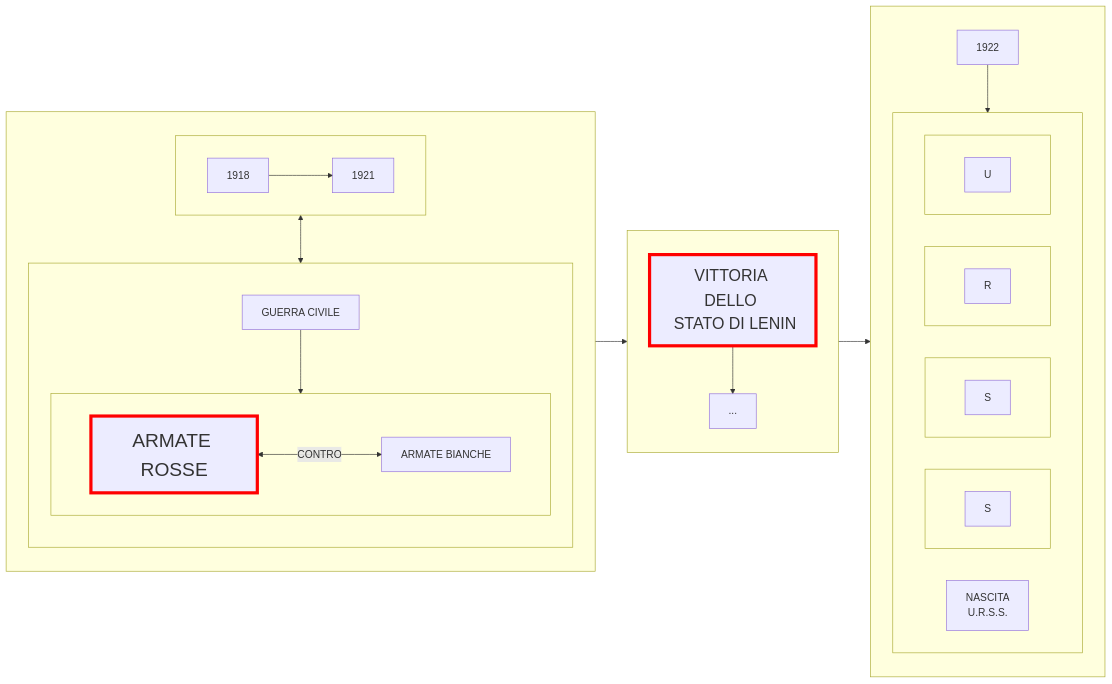
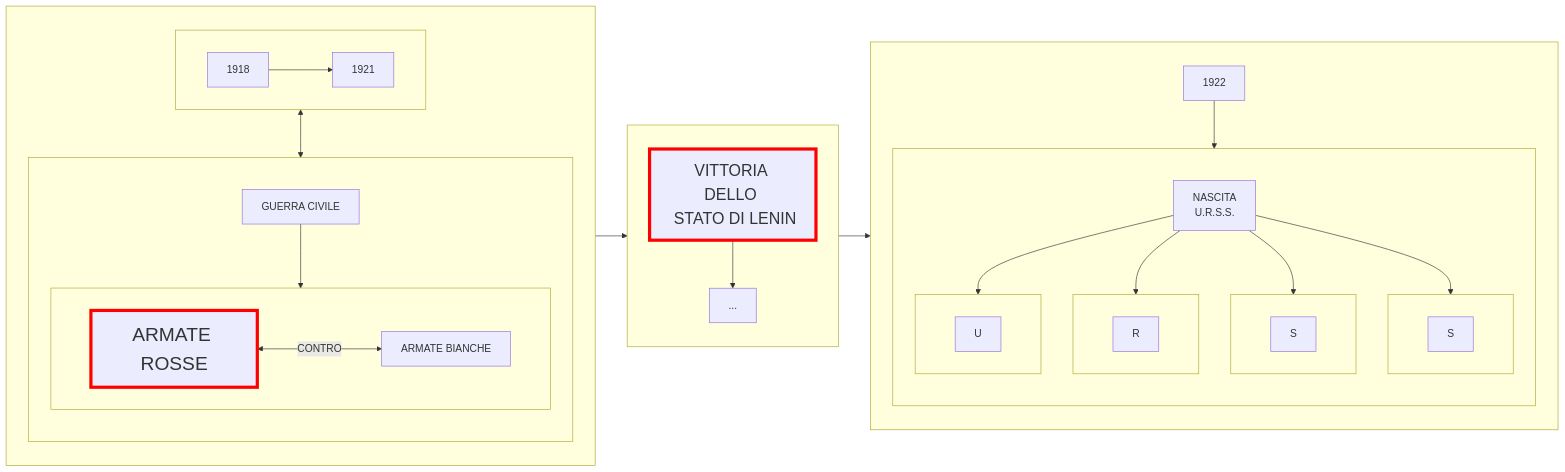
One commit to Laaouatni/ricerca-storia-MermaidJS changed the diagram in prova.md. Above: the diagram before and after it, drawn with Mermaid.

````diff
--- a/prova.md
+++ b/prova.md
@@ -1,56 +1,58 @@
 ```mermaid
 flowchart LR;
     subgraph 0[" "]
         direction TB;
         subgraph 01[" "]
             direction LR;
             010[1918]
             011[1921]
             010 --> 011
         end
         01 <--> 02
 
         subgraph 02[" "]
             direction TB;
             020[GUERRA CIVILE]
             subgraph 021[" "]
                 direction LR;
                 0210[ARMATE ROSSE]
                 style 0210 stroke:#ff0000,stroke-width:5px, font-size:30px;
                 0211[ARMATE BIANCHE]
                 0210 <-->|CONTRO| 0211
             end
             020 --> 021
         end
     end
 
     subgraph 030[" "]
         1[VITTORIA DELLO <BR> STATO DI LENIN]
         10[...]
         1 --> 10
         style 1 stroke:#ff0000,stroke-width:5px, font-size:25px;
     end
     0 --> 030
 
     030 --> 2
 
     subgraph 2[" "]
       20[1922]
       subgraph 200[" "]
+        direction TB;
         2000[NASCITA <br> U.R.S.S.]
         subgraph 21[" "]
           210[U]
         end
         subgraph 22[" "]
           220[R]
         end
         subgraph 23[" "]
           230[S]
         end
         subgraph 24[" "]
           240[S]
         end
+        2000 --> 21 & 22 & 23 & 24
       end
       20 --> 200
     end
 ```
````
